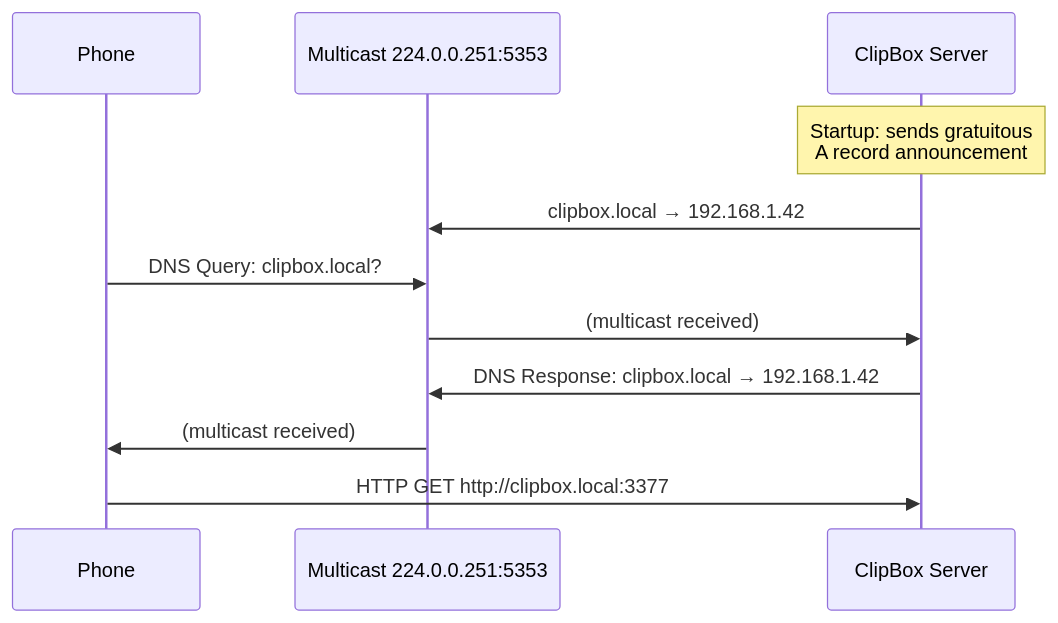
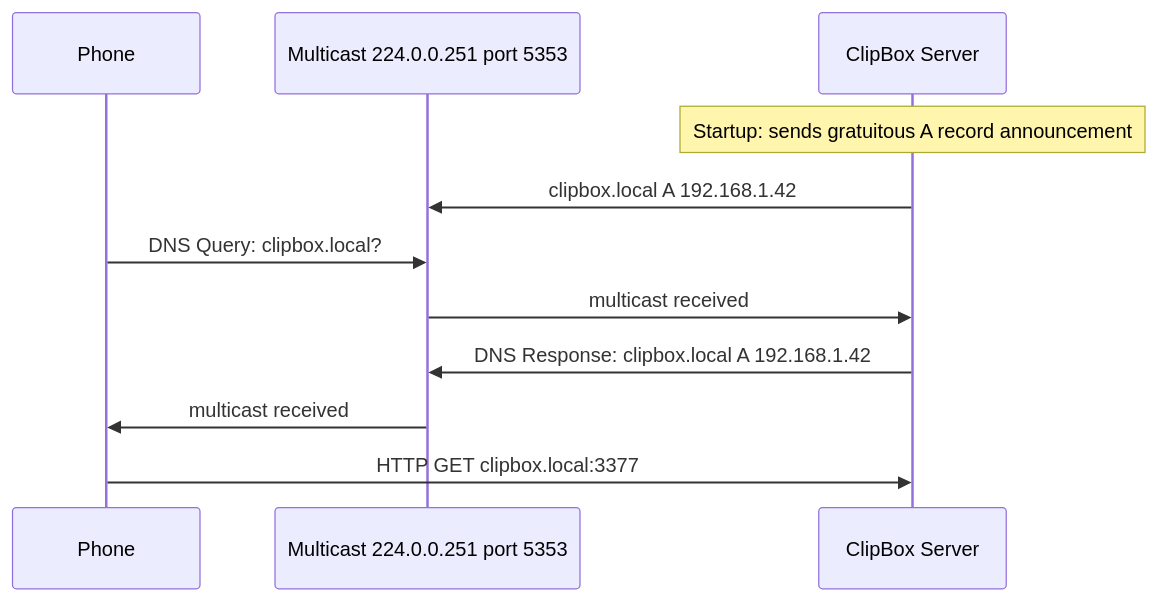
One commit to JoaquinSantarcangelo/clipbox changed the third of 5 diagrams in README.md. Above: the diagram before and after it, drawn with Mermaid. The commit also changed other lines of this file, not shown here.

First line of the commit message:
Fix broken mermaid sequence diagrams in README

````diff
--- a/README.md
+++ b/README.md
@@ -447,15 +447,14 @@
 ```mermaid
 sequenceDiagram
     participant Phone
-    participant Network as Multicast 224.0.0.251:5353
+    participant Network as Multicast 224.0.0.251 port 5353
     participant Server as ClipBox Server
 
-    Note over Server: Startup: sends gratuitous<br/>A record announcement
-    Server->>Network: clipbox.local → 192.168.1.42
-
+    Note over Server: Startup: sends gratuitous A record announcement
+    Server->>Network: clipbox.local A 192.168.1.42
     Phone->>Network: DNS Query: clipbox.local?
-    Network->>Server: (multicast received)
-    Server->>Network: DNS Response: clipbox.local → 192.168.1.42
-    Network->>Phone: (multicast received)
-    Phone->>Server: HTTP GET http://clipbox.local:3377
+    Network->>Server: multicast received
+    Server->>Network: DNS Response: clipbox.local A 192.168.1.42
+    Network->>Phone: multicast received
+    Phone->>Server: HTTP GET clipbox.local:3377
 ```
````
